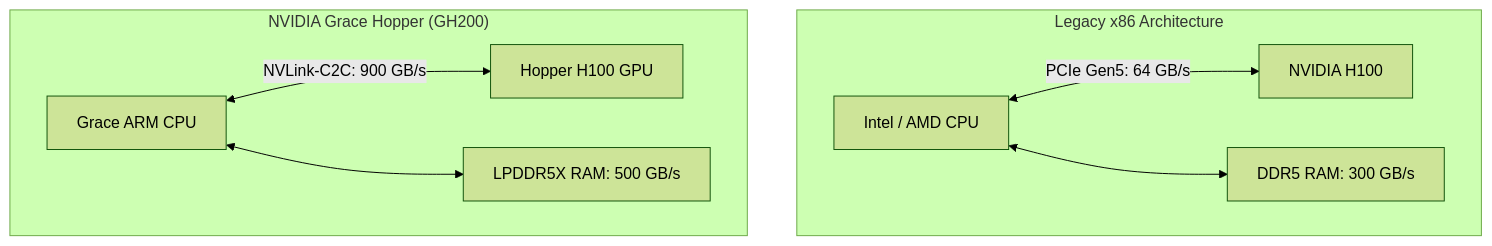
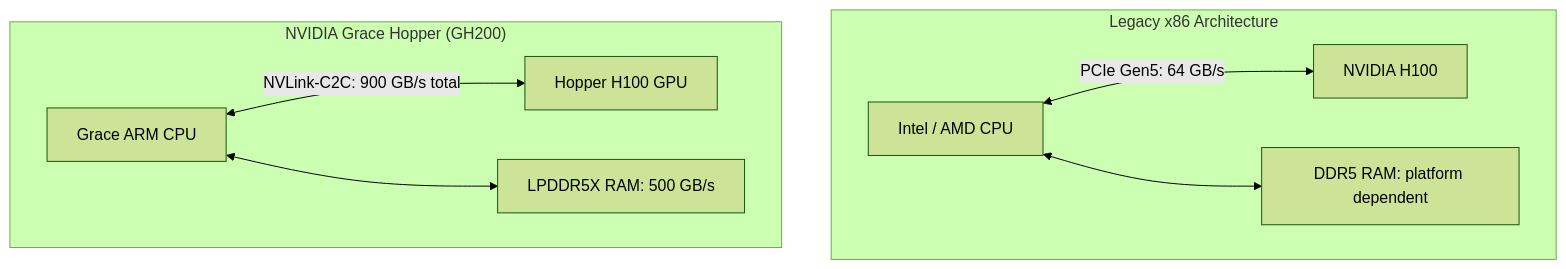
Before and after one commit to jithinpnjm/nvidia-devops: the diagram in docs/nvidia-zero-to-hero/volume-04/chapter-07-grace-cpu-and-superchips.md, drawn with Mermaid (forest theme). The commit also changed other lines of this file and 289 other files, not shown here.

````diff
--- a/docs/nvidia-zero-to-hero/volume-04/chapter-07-grace-cpu-and-superchips.md
+++ b/docs/nvidia-zero-to-hero/volume-04/chapter-07-grace-cpu-and-superchips.md
@@ -59,12 +59,12 @@
 ```mermaid
 flowchart TD
     subgraph "Legacy x86 Architecture"
         x86[Intel / AMD CPU] <-->|PCIe Gen5: 64 GB/s| GPU_x[NVIDIA H100]
-        x86 <--> DDR[DDR5 RAM: 300 GB/s]
+        x86 <--> DDR[DDR5 RAM: platform dependent]
     end
     
     subgraph "NVIDIA Grace Hopper (GH200)"
-        Grace[Grace ARM CPU] <-->|NVLink-C2C: 900 GB/s| Hopper[Hopper H100 GPU]
+        Grace[Grace ARM CPU] <-->|NVLink-C2C: 900 GB/s total| Hopper[Hopper H100 GPU]
         Grace <--> LPDDR[LPDDR5X RAM: 500 GB/s]
     end
 ```
````
